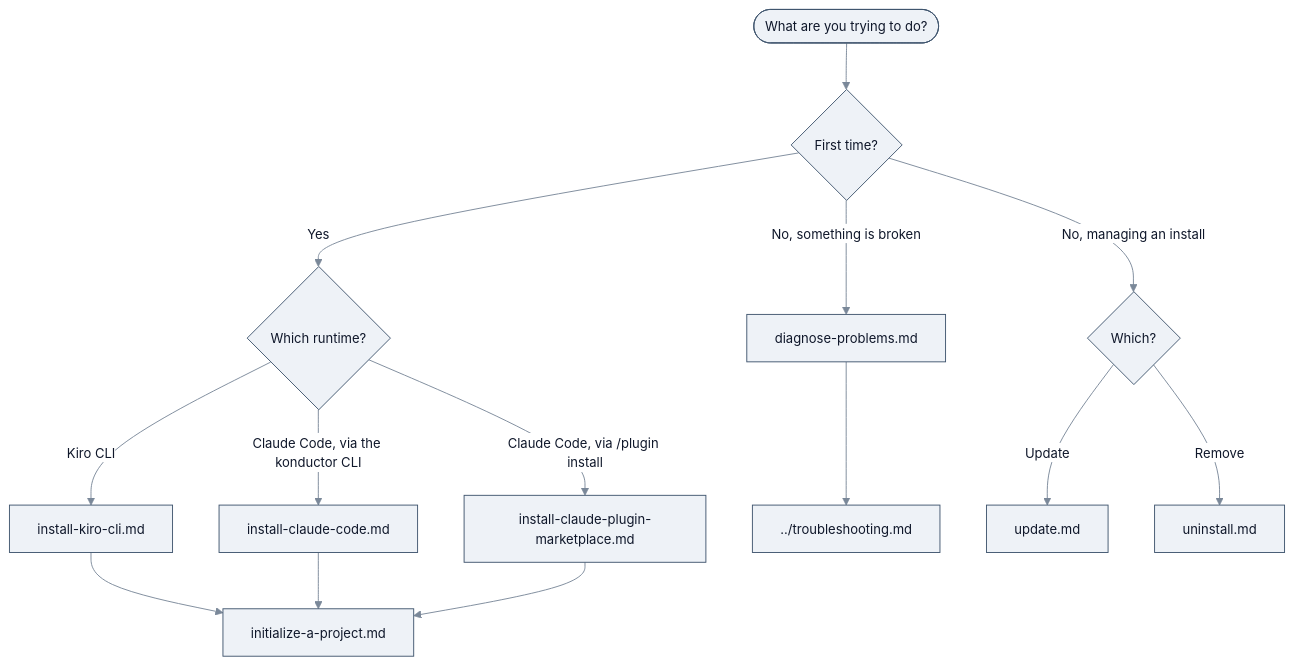
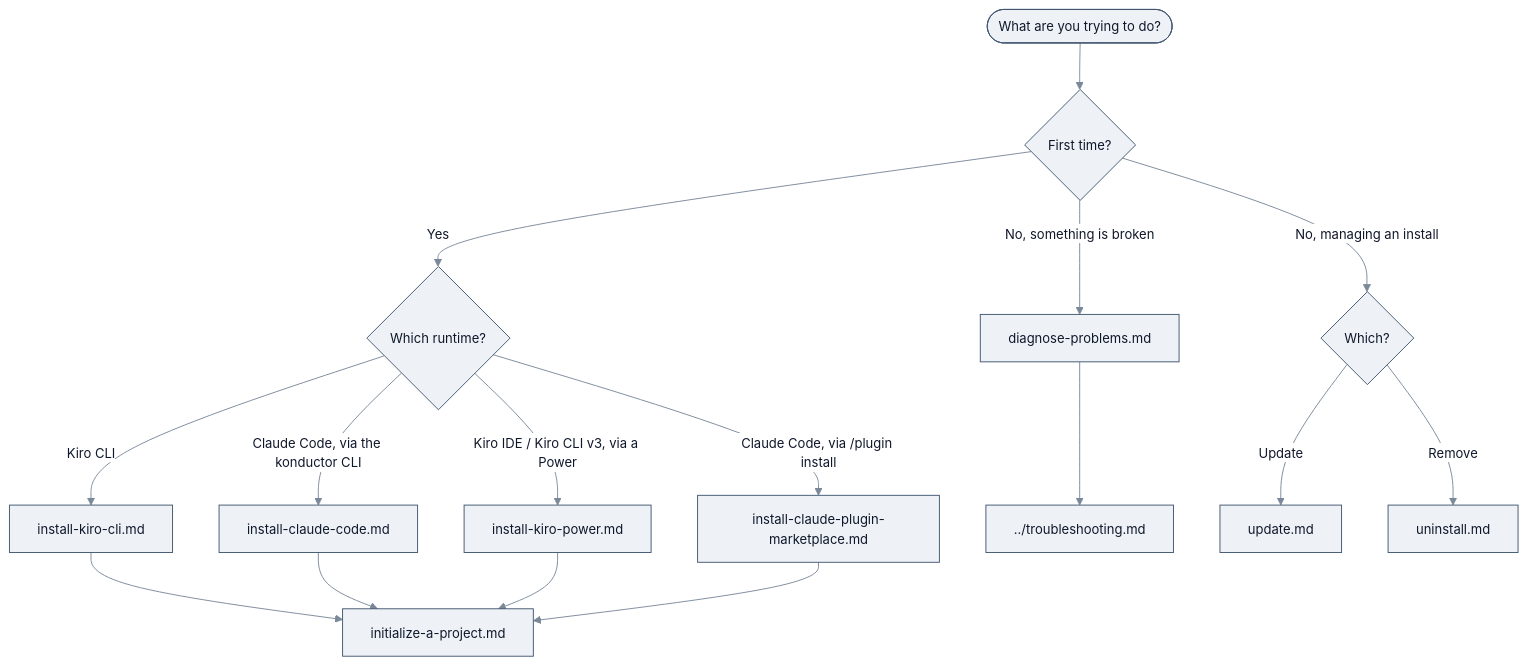
Before and after one commit to aws-solutions/konductor: the diagram in docs/user-guide/tasks/README.md, drawn with Mermaid. The commit also changed other lines of this file and 52 other files, not shown here.

````diff
--- a/docs/user-guide/tasks/README.md
+++ b/docs/user-guide/tasks/README.md
@@ -28,22 +29,24 @@
 ```mermaid
 %%{init:{'theme':'base','themeVariables':{'fontSize':'14px','primaryColor':'#eef2f7','primaryTextColor':'#0f172a','primaryBorderColor':'#40556e','lineColor':'#7a8899','textColor':'#0f172a','edgeLabelBackground':'#ffffff','clusterBkg':'#fafbfc','clusterBorder':'#c9d2dc'}}}%%
 flowchart TD
     Start([What are you trying to do?])
 
     Start --> A{First time?}
 
     A -->|Yes| B{Which runtime?}
     B -->|Kiro CLI| K["install-kiro-cli.md"]
     B -->|"Claude Code, via the konductor CLI"| C["install-claude-code.md"]
-    B -->|"Claude Code, via /plugin install"| P["install-claude-plugin-marketplace.md"]
+    B -->|"Kiro IDE / Kiro CLI v3, via a Power"| P["install-kiro-power.md"]
+    B -->|"Claude Code, via /plugin install"| Q["install-claude-plugin-marketplace.md"]
     K --> E["initialize-a-project.md"]
     C --> E
     P --> E
+    Q --> E
 
     A -->|"No, something is broken"| H["diagnose-problems.md"]
     H --> I["../troubleshooting.md"]
 
     A -->|"No, managing an install"| J{Which?}
     J -->|Update| L["update.md"]
     J -->|Remove| M["uninstall.md"]
 ```
````
